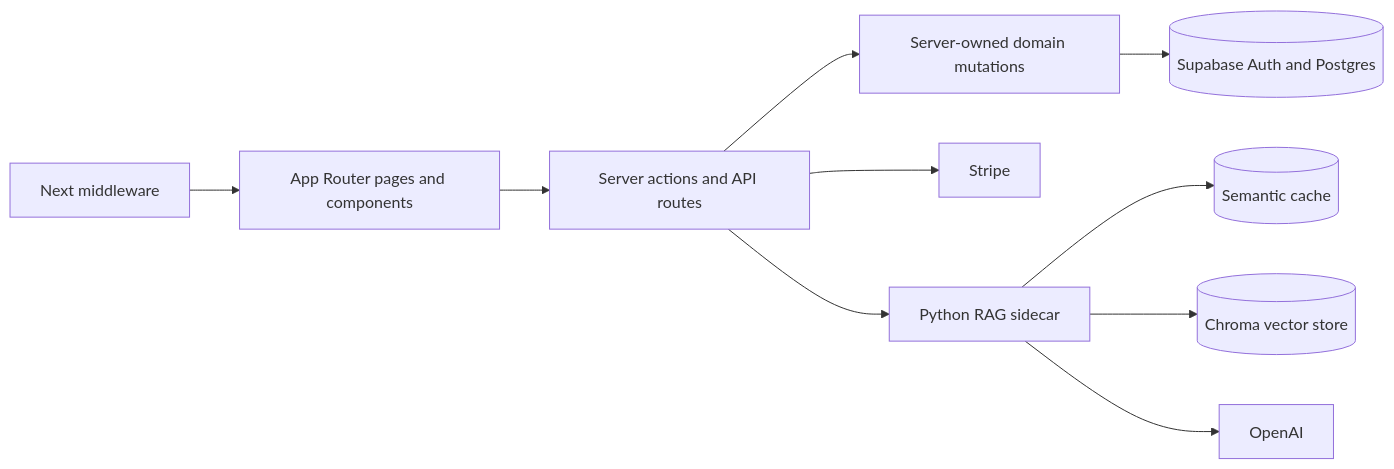
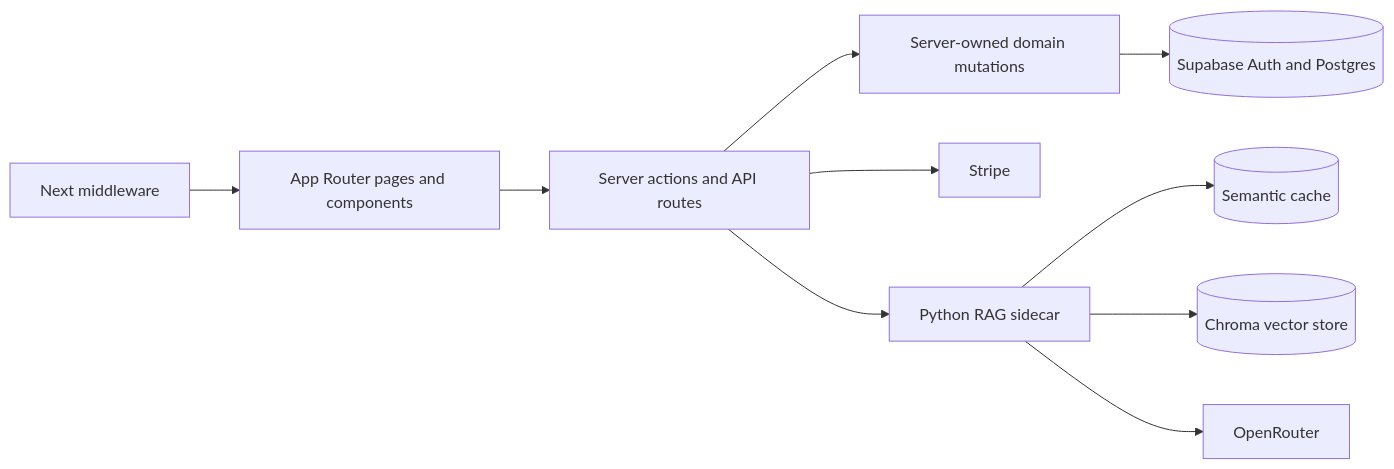
Before and after one commit to rchowdam1/Learnium: the first of 3 diagrams in _bmad-output/planning-artifacts/architecture/architecture-Learnium-2026-07-05/ARCHITECTURE-SPINE.md, drawn with Mermaid. The commit also changed other lines of this file and 33 other files, not shown here.

````diff
--- a/_bmad-output/planning-artifacts/architecture/architecture-Learnium-2026-07-05/ARCHITECTURE-SPINE.md
+++ b/_bmad-output/planning-artifacts/architecture/architecture-Learnium-2026-07-05/ARCHITECTURE-SPINE.md
@@ -30,12 +30,12 @@
 ```mermaid
 flowchart LR
   UI[App Router pages and components] --> Actions[Server actions and API routes]
   Actions --> Domain[Server-owned domain mutations]
   Domain --> Supabase[(Supabase Auth and Postgres)]
   Actions --> Stripe[Stripe]
   Actions --> RAG[Python RAG sidecar]
   RAG --> Cache[(Semantic cache)]
   RAG --> Vector[(Chroma vector store)]
-  RAG --> OpenAI[OpenAI]
+  RAG --> OpenRouter[OpenRouter]
   Middleware[Next middleware] --> UI
 ```
````
